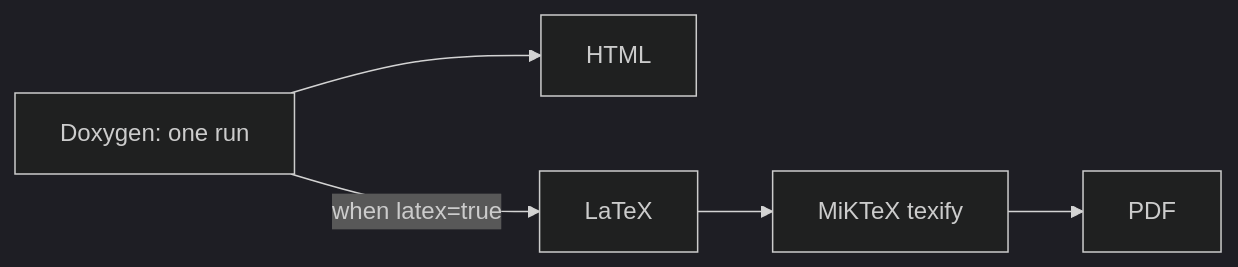
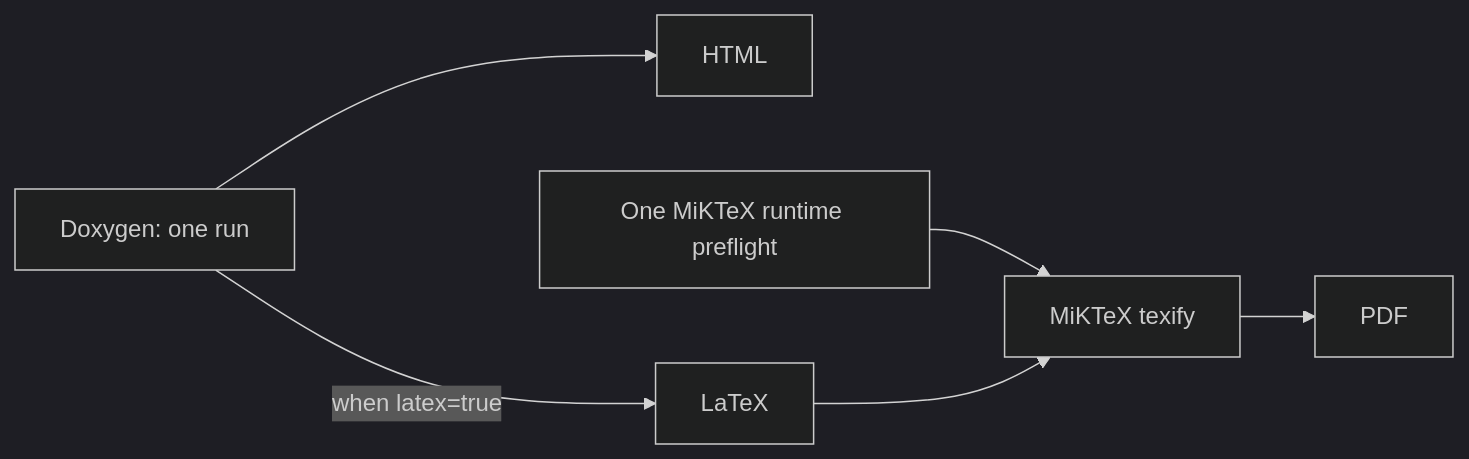
The diagram in admin/server-docs/tools.md (adeccscholar/BuildEngine-Admin), drawn with Mermaid (dark theme) before and after one commit. The commit also changed other lines of this file, not shown here.

Commit message:
Describe portable MiKTeX tool

````diff
--- a/admin/server-docs/tools.md
+++ b/admin/server-docs/tools.md
@@ -50,7 +50,8 @@
 ```mermaid
 flowchart LR
    D[Doxygen: one run] --> H[HTML]
    D -->|when latex=true| L[LaTeX]
-   L --> M[MiKTeX texify]
+   R[One MiKTeX runtime preflight] --> M[MiKTeX texify]
+   L --> M
    M --> P[PDF]
 ```
````
